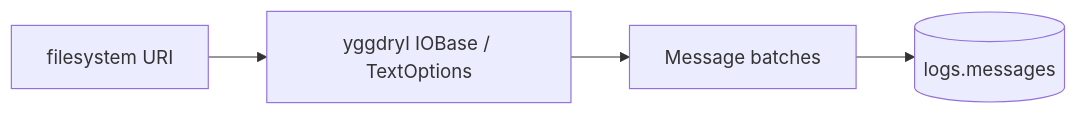
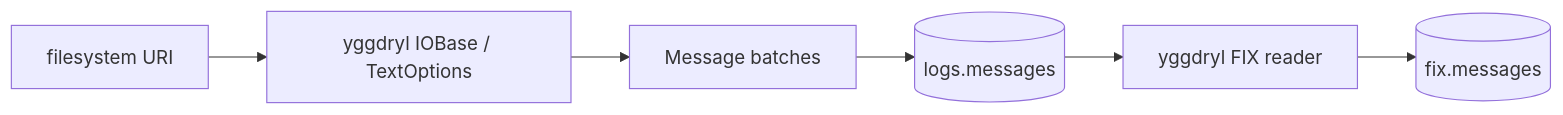
Before and after one commit to Platob/yggfin: the diagram in docs/index.md, drawn with Mermaid. The commit also changed other lines of this file and 67 other files, not shown here.

````diff
--- a/docs/index.md
+++ b/docs/index.md
@@ -29,6 +30,8 @@
 ```mermaid
 flowchart LR
     S[filesystem URI] --> Y[yggdryl IOBase / TextOptions]
     Y --> M[Message batches]
     M --> I[(logs.messages)]
+    I --> F[yggdryl FIX reader]
+    F --> O[(fix.messages)]
 ```
````
